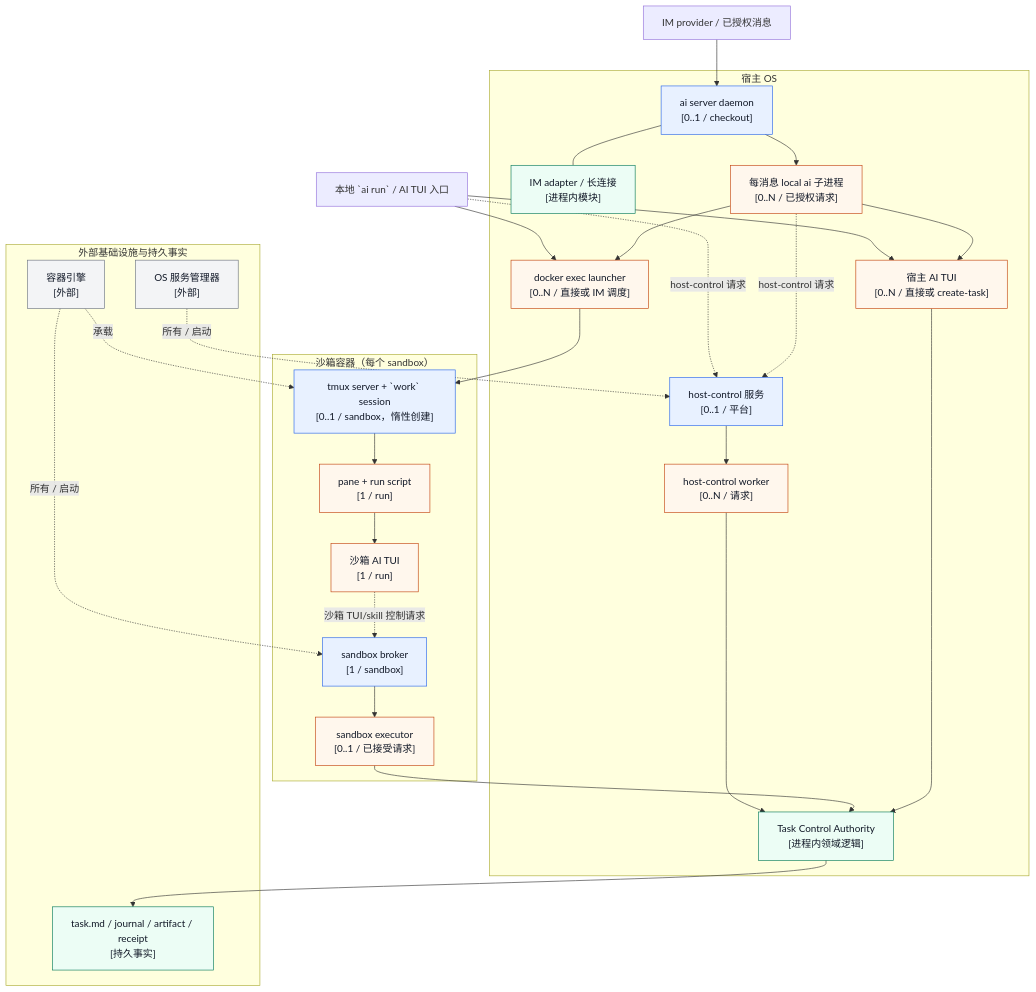
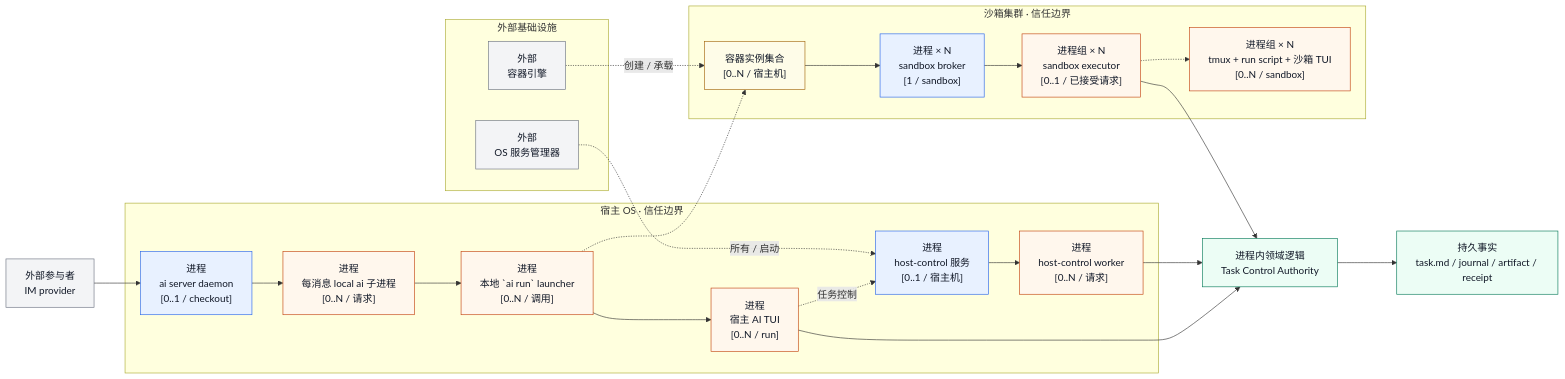
The second of 3 diagrams in docs/zh-CN/architecture.md (fitlab-ai/agent-infra), drawn with Mermaid before and after one commit. The commit also changed other lines of this file and 1 other file, not shown here.

Commit message:
docs(architecture): separate process topology and control flow

````diff
--- a/docs/zh-CN/architecture.md
+++ b/docs/zh-CN/architecture.md
@@ -55,54 +57,50 @@
 ```mermaid
-flowchart TB
+flowchart LR
   classDef process fill:#e8f1ff,stroke:#2563eb,color:#111827;
-  classDef transient fill:#fff7ed,stroke:#c2410c,color:#111827;
+  classDef processGroup fill:#fff7ed,stroke:#c2410c,color:#111827;
   classDef domain fill:#ecfdf5,stroke:#047857,color:#111827;
-  classDef infra fill:#f3f4f6,stroke:#6b7280,color:#111827;
+  classDef boundary fill:#fefce8,stroke:#a16207,color:#111827;
+  classDef external fill:#f3f4f6,stroke:#6b7280,color:#111827;
 
-  IM["IM provider / 已授权消息"]
-  L["本地 `ai run` / AI TUI 入口"]
+  IM["外部参与者<br/>IM provider"]:::external
 
-  subgraph H["宿主 OS"]
-    D["ai server daemon<br/>[0..1 / checkout]"]:::process
-    A["IM adapter / 长连接<br/>[进程内模块]"]:::domain
-    C["每消息 local ai 子进程<br/>[0..N / 已授权请求]"]:::transient
-    HT["宿主 AI TUI<br/>[0..N / 直接或 create-task]"]:::transient
-    HC["host-control 服务<br/>[0..1 / 平台]"]:::process
-    HW["host-control worker<br/>[0..N / 请求]"]:::transient
-    DX["docker exec launcher<br/>[0..N / 直接或 IM 调度]"]:::transient
-    TA["Task Control Authority<br/>[进程内领域逻辑]"]:::domain
+  subgraph H["宿主 OS · 信任边界"]
+    D["进程<br/>ai server daemon<br/>[0..1 / checkout]"]:::process
+    C["进程<br/>每消息 local ai 子进程<br/>[0..N / 请求]"]:::processGroup
+    L["进程<br/>本地 `ai run` launcher<br/>[0..N / 调用]"]:::processGroup
+    HT["进程<br/>宿主 AI TUI<br/>[0..N / run]"]:::processGroup
+    HC["进程<br/>host-control 服务<br/>[0..1 / 宿主机]"]:::process
+    HW["进程<br/>host-control worker<br/>[0..N / 请求]"]:::processGroup
   end
 
-  subgraph S["沙箱容器（每个 sandbox）"]
-    B["sandbox broker<br/>[1 / sandbox]"]:::process
-    E["sandbox executor<br/>[0..1 / 已接受请求]"]:::transient
-    TM["tmux server + `work` session<br/>[0..1 / sandbox，惰性创建]"]:::process
-    P["pane + run script<br/>[1 / run]"]:::transient
-    ST["沙箱 AI TUI<br/>[1 / run]"]:::transient
+  subgraph F["沙箱集群 · 信任边界"]
+    SF["容器实例集合<br/>[0..N / 宿主机]"]:::boundary
+    B["进程 × N<br/>sandbox broker<br/>[1 / sandbox]"]:::process
+    E["进程组 × N<br/>sandbox executor<br/>[0..1 / 已接受请求]"]:::processGroup
+    R["进程组 × N<br/>tmux + run script + 沙箱 TUI<br/>[0..N / sandbox]"]:::processGroup
   end
 
-  subgraph X["外部基础设施与持久事实"]
-    ENG["容器引擎<br/>[外部]"]:::infra
-    SM["OS 服务管理器<br/>[外部]"]:::infra
-    STATE["task.md / journal / artifact / receipt<br/>[持久事实]"]:::domain
+  subgraph X["外部基础设施"]
+    ENG["外部<br/>容器引擎"]:::external
+    SM["外部<br/>OS 服务管理器"]:::external
   end
 
+  TA["进程内领域逻辑<br/>Task Control Authority"]:::domain
+  STATE["持久事实<br/>task.md / journal / artifact / receipt"]:::domain
+
   IM --> D
-  D --- A
-  D --> C
+  D --> C --> L
   L --> HT
-  L --> DX
-  C --> HT
-  C --> DX
-  L -. host-control 请求 .-> HC
-  C -. host-control 请求 .-> HC
-  HC --> HW --> TA
-  DX --> TM --> P --> ST
-  ST -. 沙箱 TUI/skill 控制请求 .-> B
-  B --> E --> TA
+  L -.-> SF
+  SF --> B
+  B --> E
+  E -.-> R
+  SM -. 所有 / 启动 .-> HC
+  HC --> HW
+  ENG -. 创建 / 承载 .-> SF
+  HT -. 任务控制 .-> HC
+  HW --> TA
   HT --> TA
+  E --> TA
   TA --> STATE
-  SM -. 所有 / 启动 .-> HC
-  ENG -. 所有 / 启动 .-> B
-  ENG -. 承载 .-> TM
 ```
````
